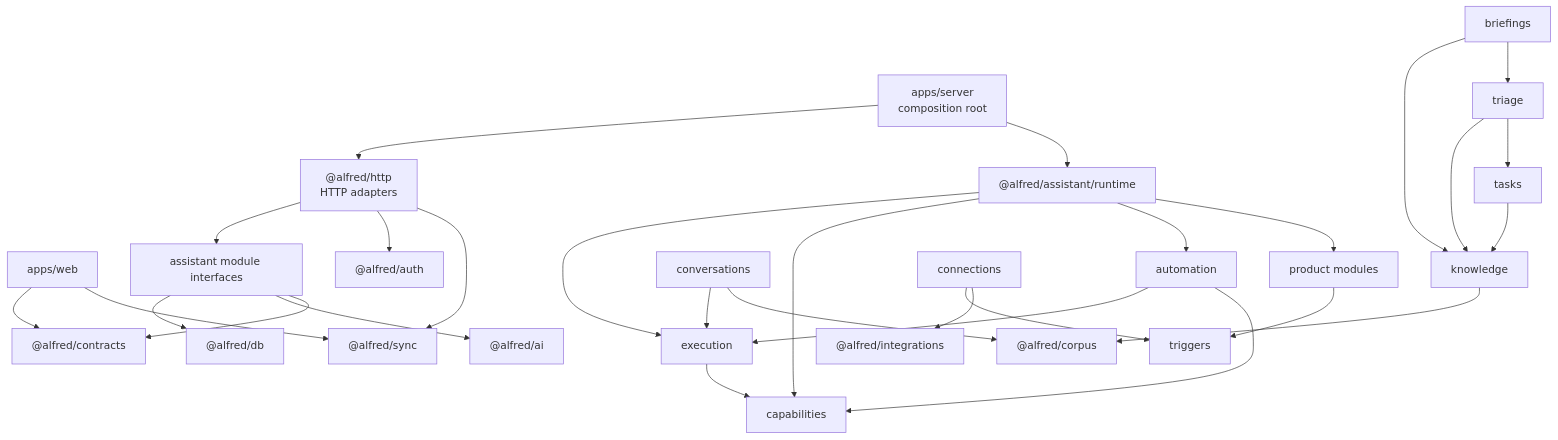
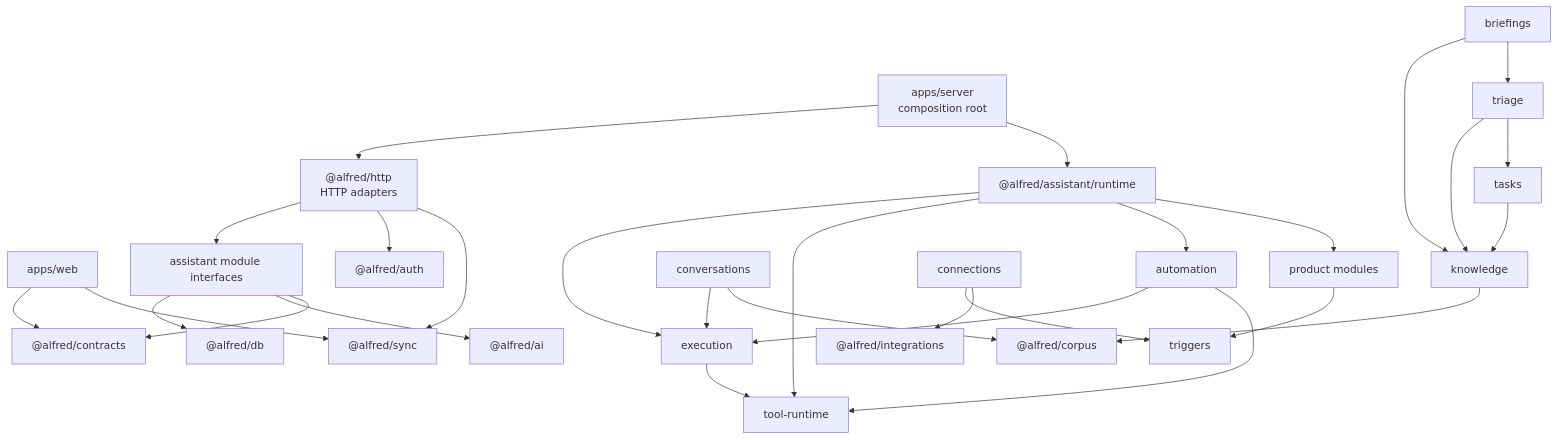
One commit to 99Yash/alfred changed the diagram in docs/plans/agent-friendly-module-structure.md. Above: the diagram before and after it, drawn with Mermaid. The commit also changed other lines of this file and 13 other files, not shown here.

Commit message:
refactor(api): rename capabilities to tool runtime

````diff
--- a/docs/plans/agent-friendly-module-structure.md
+++ b/docs/plans/agent-friendly-module-structure.md
@@ -187,37 +187,37 @@
 ```mermaid
 flowchart TD
   server["apps/server<br/>composition root"] --> http["@alfred/http<br/>HTTP adapters"]
   server --> runtime["@alfred/assistant/runtime"]
   web["apps/web"] --> contracts["@alfred/contracts"]
   web --> sync["@alfred/sync"]
 
   http --> assistant["assistant module interfaces"]
   http --> auth["@alfred/auth"]
   http --> sync
 
   runtime --> execution
-  runtime --> capabilities
+  runtime --> tool_runtime["tool-runtime"]
   runtime --> automation
   runtime --> product["product modules"]
 
   automation --> execution
-  automation --> capabilities
+  automation --> tool_runtime
   conversations --> execution
-  execution --> capabilities
+  execution --> tool_runtime
 
   briefings --> knowledge
   briefings --> triage
   triage --> knowledge
   triage --> tasks
   tasks --> knowledge
 
   product --> triggers
   connections --> triggers
   connections --> integrations["@alfred/integrations"]
   conversations --> corpus["@alfred/corpus"]
   knowledge --> corpus
 
   assistant --> db["@alfred/db"]
   assistant --> ai["@alfred/ai"]
   assistant --> contracts
 ```
````
